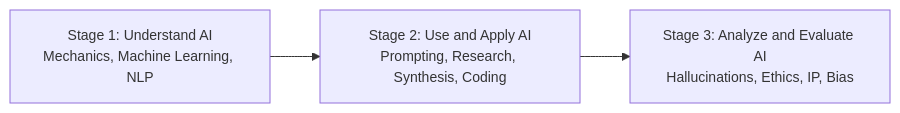
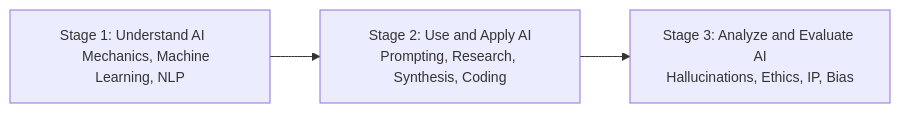
The first of 2 diagrams in chapters/02-definitions.qmd (UCSB-Library-Research-Data-Services/AI-Literacy), drawn with Mermaid before and after one commit. The commit also changed other lines of this file and 6 other files, not shown here.

Commit message:
Refactor mermaid diagrams to improve label formatting and readability across multiple chapters

````diff
--- a/chapters/02-definitions.qmd
+++ b/chapters/02-definitions.qmd
@@ -61,7 +61,14 @@
 ```{mermaid}
 %%| fig-cap: "UCSB Three-Stage Developmental AI Literacy Model"
-%%{init: {'themeVariables': {'fontSize': '14px'}}}%%
+%%{init: {'flowchart': {'htmlLabels': false}, 'themeVariables': {'fontSize': '14px'}}}%%
 flowchart LR
-    A["Stage 1: Understand AI<br/>Mechanics, Machine Learning, NLP"] --> B["Stage 2: Use and Apply AI<br/>Prompting, Research, Synthesis, Coding"]
-    B --> C["Stage 3: Analyze and Evaluate AI<br/>Hallucinations, Ethics, IP, Bias"]
+    A["`Stage 1: Understand AI    
+    Mechanics, Machine Learning, NLP`"]
+    B["`Stage 2: Use and Apply AI
+    Prompting, Research, Synthesis, Coding`"]
+    C["`Stage 3: Analyze and Evaluate AI
+        Hallucinations, Ethics, IP, Bias`"]
+    
+    A --> B
+    B --> C
 ```
````
